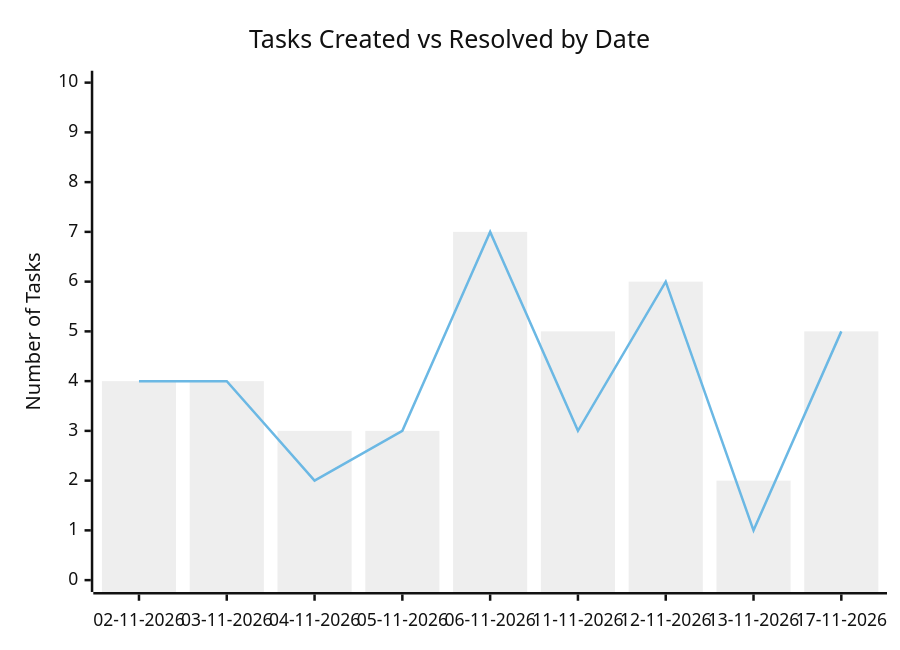
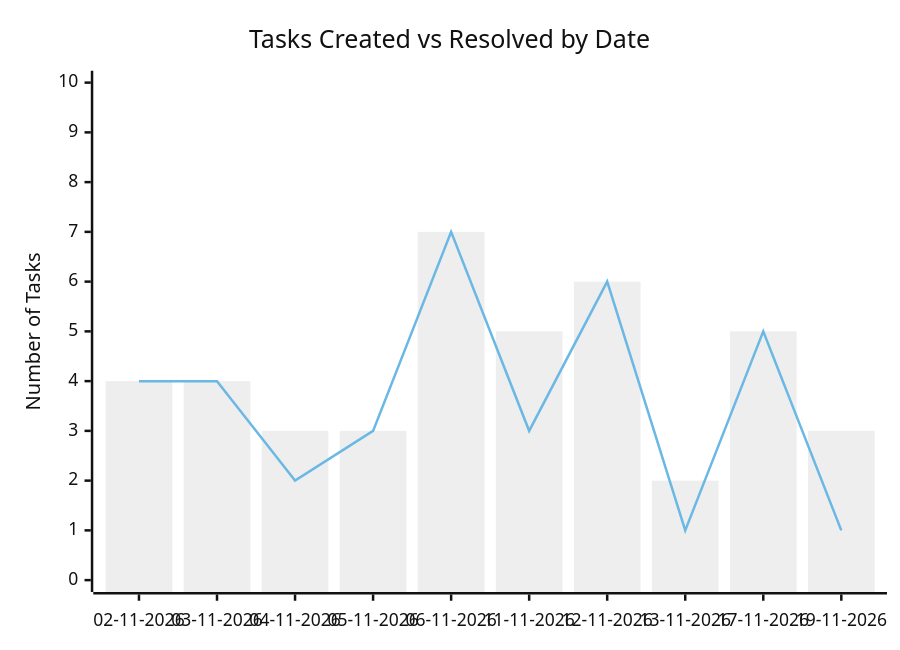
Before and after one commit to sagarms97/MyWorkDairy: the second of 2 diagrams in Sanchay/Analytics.md, drawn with Mermaid (neutral theme). The commit also changed other lines of this file and 6 other files, not shown here.

````diff
--- a/Sanchay/Analytics.md
+++ b/Sanchay/Analytics.md
@@ -32,8 +33,8 @@
 ```mermaid
 xychart-beta
     title "Tasks Created vs Resolved by Date"
-    x-axis ["02-11-2026", "03-11-2026", "04-11-2026", "05-11-2026", "06-11-2026", "11-11-2026", "12-11-2026", "13-11-2026", "17-11-2026"]
+    x-axis ["02-11-2026", "03-11-2026", "04-11-2026", "05-11-2026", "06-11-2026", "11-11-2026", "12-11-2026", "13-11-2026", "17-11-2026", "19-11-2026"]
     y-axis "Number of Tasks" 0 --> 10
-    bar [4, 4, 3, 3, 7, 5, 6, 2, 5]
-    line [4, 4, 2, 3, 7, 3, 6, 1, 5]
+    bar [4, 4, 3, 3, 7, 5, 6, 2, 5, 3]
+    line [4, 4, 2, 3, 7, 3, 6, 1, 5, 1]
 ```
````
